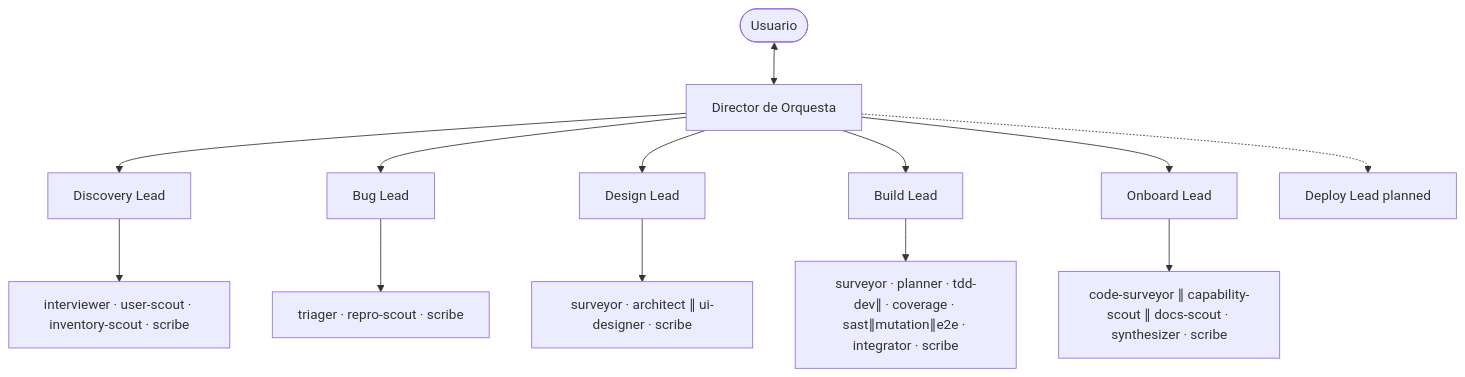
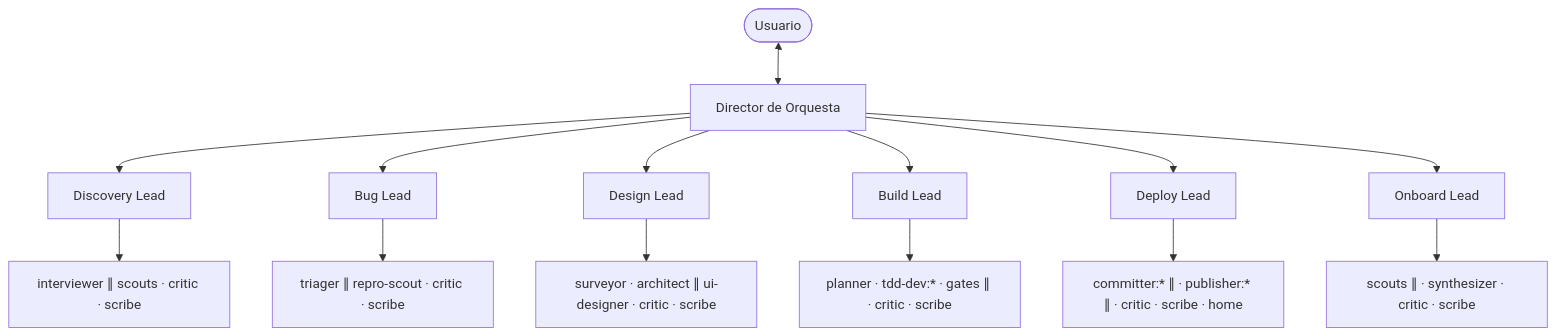
The second of 15 diagrams in README.md (infosails/infosails-harness), drawn with Mermaid before and after one commit. The commit also changed other lines of this file and 88 other files, not shown here.

````diff
--- a/README.md
+++ b/README.md
@@ -75,19 +83,20 @@
 ```mermaid
 flowchart TB
   User([Usuario])
   Orch[Director de Orquesta]
   User <--> Orch
 
   Orch --> DL[Discovery Lead]
   Orch --> BL[Bug Lead]
   Orch --> DesL[Design Lead]
   Orch --> BuL[Build Lead]
+  Orch --> DepL[Deploy Lead]
   Orch --> OnL[Onboard Lead]
-  Orch -.-> DepL[Deploy Lead planned]
 
-  DL --> DSub["interviewer · user-scout · inventory-scout · scribe"]
-  BL --> BSub["triager · repro-scout · scribe"]
-  DesL --> DesSub["surveyor · architect ∥ ui-designer · scribe"]
-  BuL --> BuSub["surveyor · planner · tdd-dev∥ · coverage · sast∥mutation∥e2e · integrator · scribe"]
-  OnL --> OnSub["code-surveyor ∥ capability-scout ∥ docs-scout · synthesizer · scribe"]
+  DL --> DSub["interviewer ∥ scouts · critic · scribe"]
+  BL --> BSub["triager ∥ repro-scout · critic · scribe"]
+  DesL --> DesSub["surveyor · architect ∥ ui-designer · critic · scribe"]
+  BuL --> BuSub["planner · tdd-dev:* · gates ∥ · critic · scribe"]
+  DepL --> DepSub["committer:* ∥ · publisher:* ∥ · critic · scribe · home"]
+  OnL --> OnSub["scouts ∥ · synthesizer · critic · scribe"]
 ```
````
